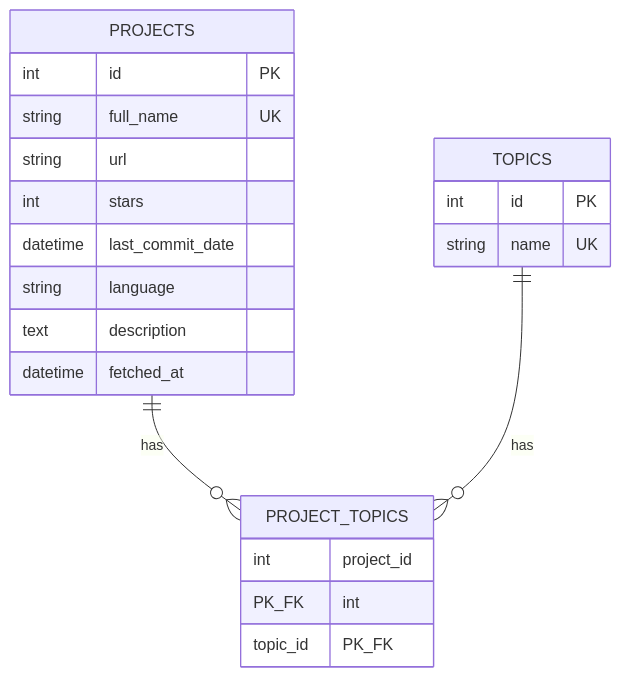
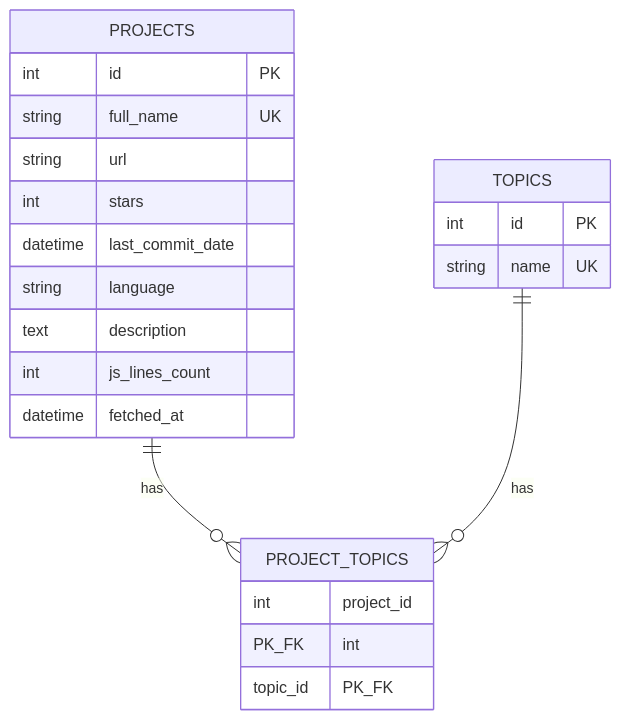
Before and after one commit to Wakayama-SocSEL/MB-scanner: the diagram in ai-guide/db-design.md, drawn with Mermaid. The commit also changed other lines of this file and 2 other files, not shown here.

````diff
--- a/ai-guide/db-design.md
+++ b/ai-guide/db-design.md
@@ -39,26 +39,27 @@
 ```mermaid
 erDiagram
     PROJECTS ||--o{ PROJECT_TOPICS : has
     TOPICS ||--o{ PROJECT_TOPICS : has
 
     PROJECTS {
         int id PK
         string full_name UK
         string url
         int stars
         datetime last_commit_date
         string language
         text description
+        int js_lines_count
         datetime fetched_at
     }
 
     TOPICS {
         int id PK
         string name UK
     }
 
     PROJECT_TOPICS {
         int project_id PK_FK
         int topic_id PK_FK
     }
 ```
````
